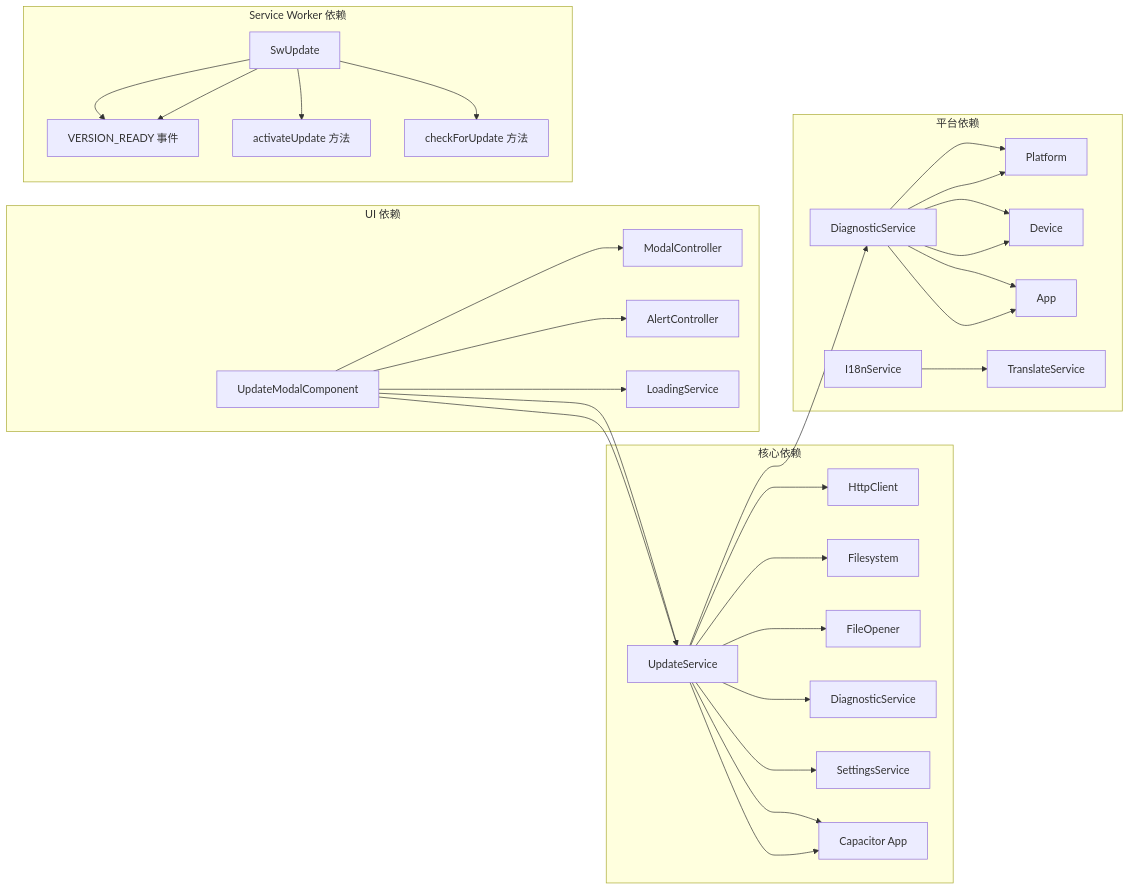
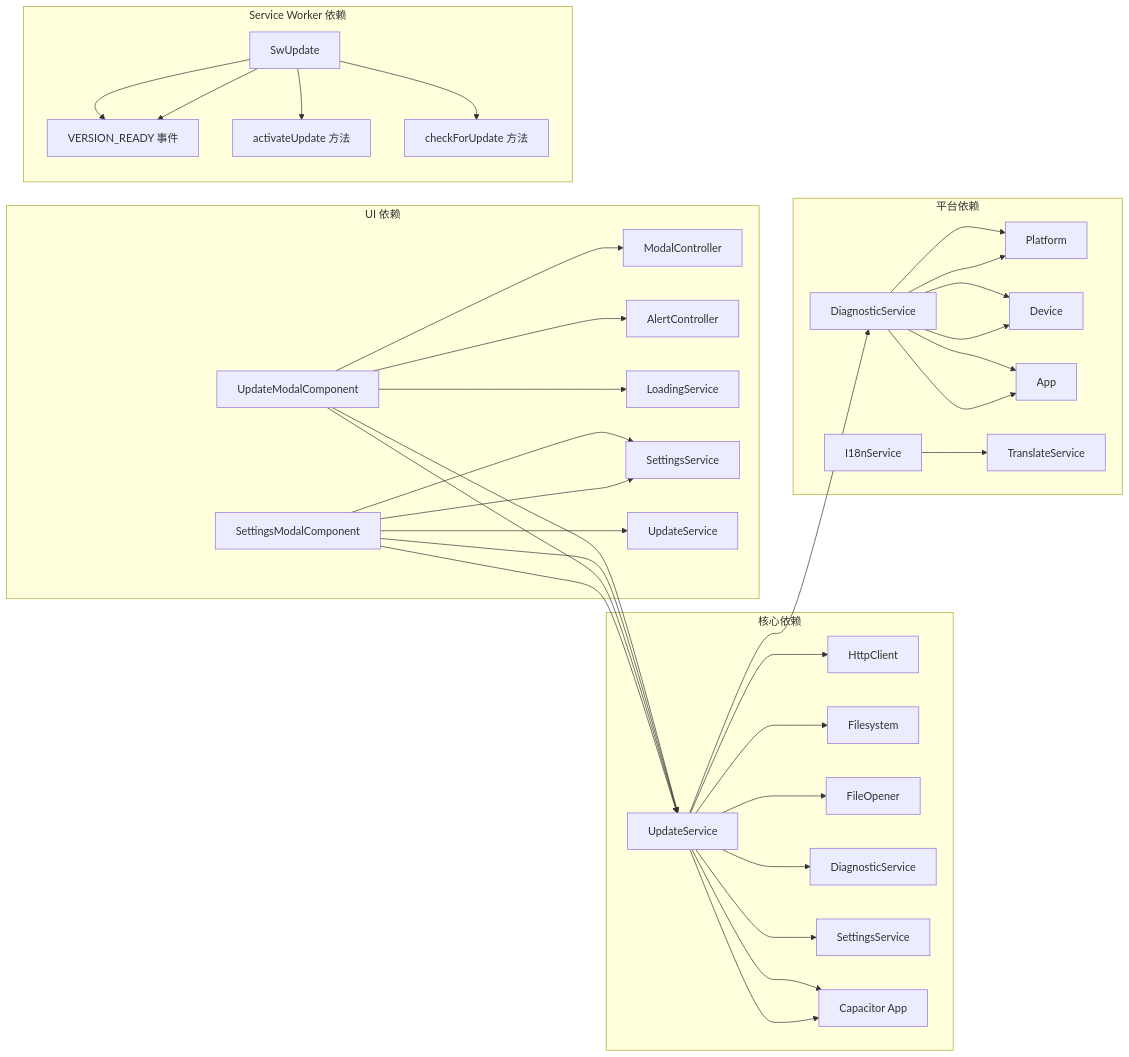
The seventh of 7 diagrams in .qoder/repowiki/zh/content/核心功能模块/应用程序更新系统.md (tea4go/Macro-Deck-Client-App), drawn with Mermaid before and after one commit. The commit also changed other lines of this file and 47 other files, not shown here.

````diff
--- a/.qoder/repowiki/zh/content/核心功能模块/应用程序更新系统.md
+++ b/.qoder/repowiki/zh/content/核心功能模块/应用程序更新系统.md
@@ -468,35 +514,40 @@
 ```mermaid
 graph LR
 subgraph "核心依赖"
 A[UpdateService] --> B[HttpClient]
 A --> C[Filesystem]
 A --> D[FileOpener]
 A --> E[DiagnosticService]
 A --> F[SettingsService]
 A --> G[Capacitor App]
 end
 subgraph "UI 依赖"
 H[UpdateModalComponent] --> A
-H --> I[ModalController]
-H --> J[AlertController]
-H --> K[LoadingService]
+I[SettingsModalComponent] --> A
+H --> J[ModalController]
+H --> K[AlertController]
+H --> L[LoadingService]
+I --> M[SettingsService]
+I --> N[UpdateService]
 end
 subgraph "平台依赖"
-L[DiagnosticService] --> M[Platform]
-L --> N[Device]
-L --> O[App]
-P[I18nService] --> Q[TranslateService]
+O[DiagnosticService] --> P[Platform]
+O --> Q[Device]
+O --> R[App]
+S[I18nService] --> T[TranslateService]
 end
 subgraph "Service Worker 依赖"
-R[SwUpdate] --> S[VERSION_READY 事件]
-R --> T[activateUpdate 方法]
-R --> U[checkForUpdate 方法]
+U[SwUpdate] --> V[VERSION_READY 事件]
+U --> W[activateUpdate 方法]
+U --> X[checkForUpdate 方法]
 end
-A --> L
+A --> O
 A --> G
 H --> A
-L --> M
-L --> N
-L --> O
-R --> S
+I --> A
+I --> M
+O --> P
+O --> Q
+O --> R
+U --> V
 ```
````
